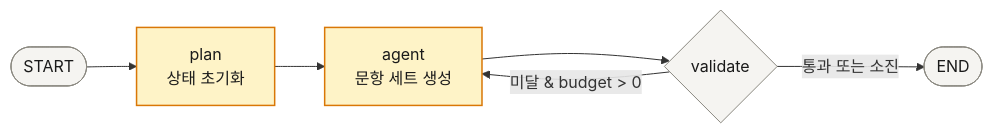
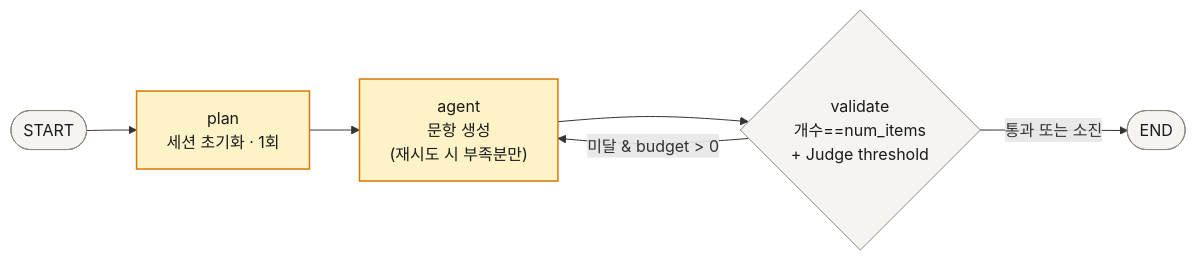
One commit to MachuEngine/bunpil changed the third of 5 diagrams in README.md. Above: the diagram before and after it, drawn with Mermaid. The commit also changed other lines of this file, not shown here.

````diff
--- a/README.md
+++ b/README.md
@@ -104,18 +132,18 @@
 ```mermaid
 flowchart LR
     START(["START"])
-    plan["plan<br/>상태 초기화"]
-    agent["agent<br/>문항 세트 생성"]
-    validate{"validate"}
+    plan["plan<br/>세션 초기화 · 1회"]
+    agent["agent<br/>문항 생성<br/>(재시도 시 부족분만)"]
+    validate{"validate<br/>개수==num_items<br/>+ Judge threshold"}
     END(["END"])
 
     START --> plan --> agent --> validate
     validate -- "미달 & budget > 0" --> agent
     validate -- "통과 또는 소진" --> END
 
     class START,END,validate neutral
     class plan,agent exam
 
     classDef neutral fill:#F5F4F1,stroke:#8A8880,stroke-width:1px,color:#1A1A1A
     classDef exam fill:#FEF3C7,stroke:#D97706,stroke-width:1.5px,color:#1A1A1A
 ```
````
